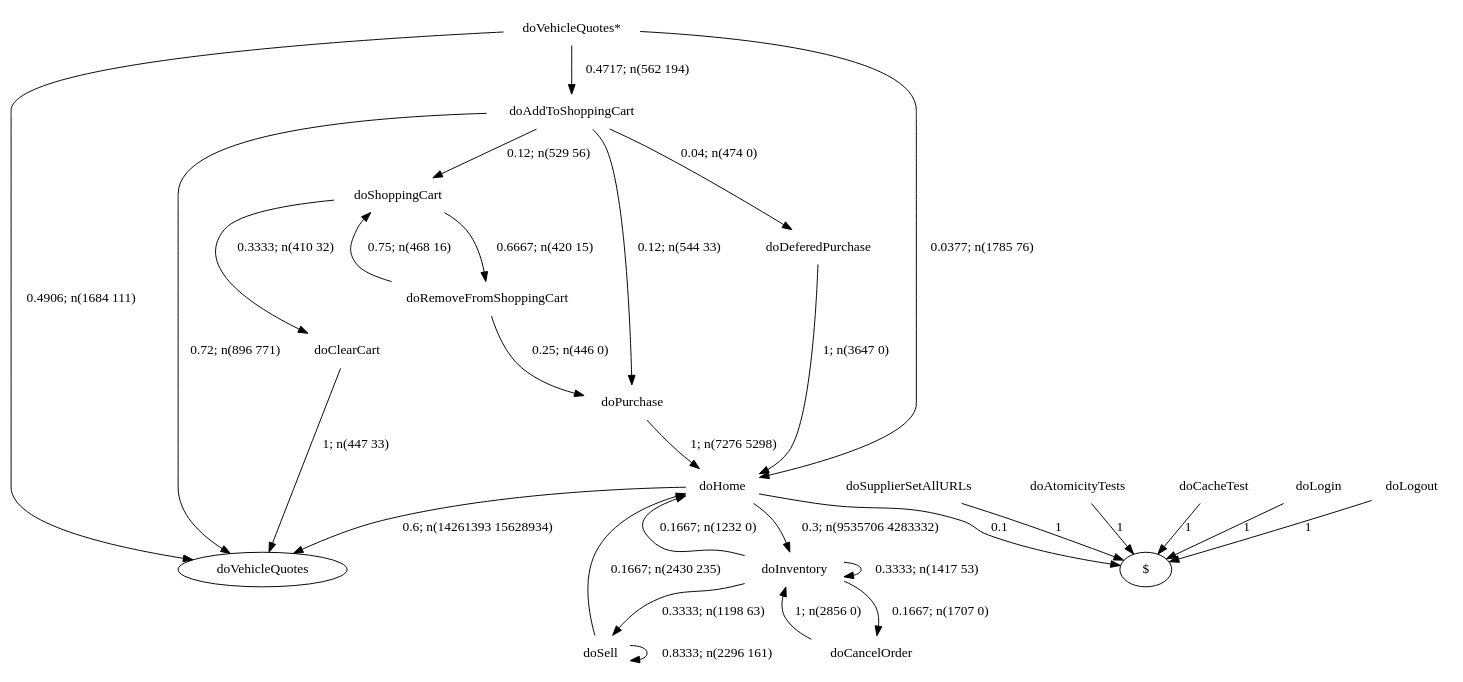
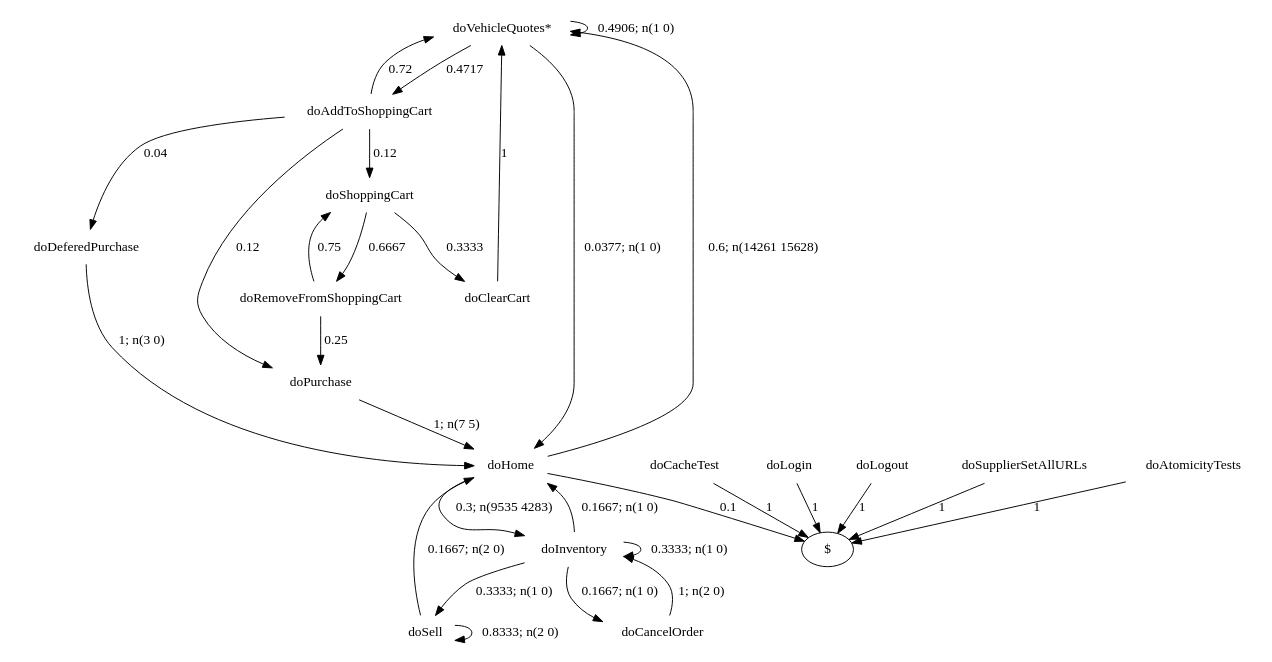
The diagram in examples/specj/output/none/graph392.dot (alperhi/wessbas.behaviorModelExtractor), drawn with Graphviz before and after one commit. The commit also changed 545 other files, not shown here.

Commit message:
fixed bug with initial states appearing twice (with and without '*') in a DOT graph; fixed time conversion from nanoseconds to milliseconds (uses TimeUnit now); updated example output and visualizations; removed input sessions with NULL-values from SPECj input folder;

```diff
--- a/examples/specj/output/none/graph392.dot
+++ b/examples/specj/output/none/graph392.dot
@@ -1,47 +1,47 @@
 digraph G {
 "doVehicleQuotes*" [label="doVehicleQuotes*",shape=none];
 "doSupplierSetAllURLs" [label="doSupplierSetAllURLs",shape=none];
 "doAtomicityTests" [label="doAtomicityTests",shape=none];
 "doCacheTest" [label="doCacheTest",shape=none];
 "doLogin" [label="doLogin",shape=none];
 "doAddToShoppingCart" [label="doAddToShoppingCart",shape=none];
 "doDeferedPurchase" [label="doDeferedPurchase",shape=none];
 "doHome" [label="doHome",shape=none];
 "doShoppingCart" [label="doShoppingCart",shape=none];
 "doClearCart" [label="doClearCart",shape=none];
 "doPurchase" [label="doPurchase",shape=none];
 "doInventory" [label="doInventory",shape=none];
 "doSell" [label="doSell",shape=none];
 "doLogout" [label="doLogout",shape=none];
 "doCancelOrder" [label="doCancelOrder",shape=none];
 "doRemoveFromShoppingCart" [label="doRemoveFromShoppingCart",shape=none];
-"doVehicleQuotes*"->"doVehicleQuotes" [style=solid,label="0.4906; n(1684 111)"];
-"doVehicleQuotes*"->"doAddToShoppingCart" [style=solid,label="0.4717; n(562 194)"];
-"doVehicleQuotes*"->"doHome" [style=solid,label="0.0377; n(1785 76)"];
+"doVehicleQuotes*"->"doVehicleQuotes*" [style=solid,label="0.4906; n(1 0)"];
+"doVehicleQuotes*"->"doAddToShoppingCart" [style=solid,label="0.4717"];
+"doVehicleQuotes*"->"doHome" [style=solid,label="0.0377; n(1 0)"];
 "doSupplierSetAllURLs"->"$" [style=solid,label="1"];
 "doAtomicityTests"->"$" [style=solid,label="1"];
 "doCacheTest"->"$" [style=solid,label="1"];
 "doLogin"->"$" [style=solid,label="1"];
-"doAddToShoppingCart"->"doVehicleQuotes" [style=solid,label="0.72; n(896 771)"];
-"doAddToShoppingCart"->"doDeferedPurchase" [style=solid,label="0.04; n(474 0)"];
-"doAddToShoppingCart"->"doShoppingCart" [style=solid,label="0.12; n(529 56)"];
-"doAddToShoppingCart"->"doPurchase" [style=solid,label="0.12; n(544 33)"];
-"doDeferedPurchase"->"doHome" [style=solid,label="1; n(3647 0)"];
-"doHome"->"doVehicleQuotes" [style=solid,label="0.6; n(14261393 15628934)"];
-"doHome"->"doInventory" [style=solid,label="0.3; n(9535706 4283332)"];
+"doAddToShoppingCart"->"doVehicleQuotes*" [style=solid,label="0.72"];
+"doAddToShoppingCart"->"doDeferedPurchase" [style=solid,label="0.04"];
+"doAddToShoppingCart"->"doShoppingCart" [style=solid,label="0.12"];
+"doAddToShoppingCart"->"doPurchase" [style=solid,label="0.12"];
+"doDeferedPurchase"->"doHome" [style=solid,label="1; n(3 0)"];
+"doHome"->"doVehicleQuotes*" [style=solid,label="0.6; n(14261 15628)"];
+"doHome"->"doInventory" [style=solid,label="0.3; n(9535 4283)"];
 "doHome"->"$" [style=solid,label="0.1"];
-"doShoppingCart"->"doClearCart" [style=solid,label="0.3333; n(410 32)"];
-"doShoppingCart"->"doRemoveFromShoppingCart" [style=solid,label="0.6667; n(420 15)"];
-"doClearCart"->"doVehicleQuotes" [style=solid,label="1; n(447 33)"];
-"doPurchase"->"doHome" [style=solid,label="1; n(7276 5298)"];
-"doInventory"->"doHome" [style=solid,label="0.1667; n(1232 0)"];
-"doInventory"->"doInventory" [style=solid,label="0.3333; n(1417 53)"];
-"doInventory"->"doSell" [style=solid,label="0.3333; n(1198 63)"];
-"doInventory"->"doCancelOrder" [style=solid,label="0.1667; n(1707 0)"];
-"doSell"->"doHome" [style=solid,label="0.1667; n(2430 235)"];
-"doSell"->"doSell" [style=solid,label="0.8333; n(2296 161)"];
+"doShoppingCart"->"doClearCart" [style=solid,label="0.3333"];
+"doShoppingCart"->"doRemoveFromShoppingCart" [style=solid,label="0.6667"];
+"doClearCart"->"doVehicleQuotes*" [style=solid,label="1"];
+"doPurchase"->"doHome" [style=solid,label="1; n(7 5)"];
+"doInventory"->"doHome" [style=solid,label="0.1667; n(1 0)"];
+"doInventory"->"doInventory" [style=solid,label="0.3333; n(1 0)"];
+"doInventory"->"doSell" [style=solid,label="0.3333; n(1 0)"];
+"doInventory"->"doCancelOrder" [style=solid,label="0.1667; n(1 0)"];
+"doSell"->"doHome" [style=solid,label="0.1667; n(2 0)"];
+"doSell"->"doSell" [style=solid,label="0.8333; n(2 0)"];
 "doLogout"->"$" [style=solid,label="1"];
-"doCancelOrder"->"doInventory" [style=solid,label="1; n(2856 0)"];
-"doRemoveFromShoppingCart"->"doShoppingCart" [style=solid,label="0.75; n(468 16)"];
-"doRemoveFromShoppingCart"->"doPurchase" [style=solid,label="0.25; n(446 0)"];
+"doCancelOrder"->"doInventory" [style=solid,label="1; n(2 0)"];
+"doRemoveFromShoppingCart"->"doShoppingCart" [style=solid,label="0.75"];
+"doRemoveFromShoppingCart"->"doPurchase" [style=solid,label="0.25"];
 }
```
